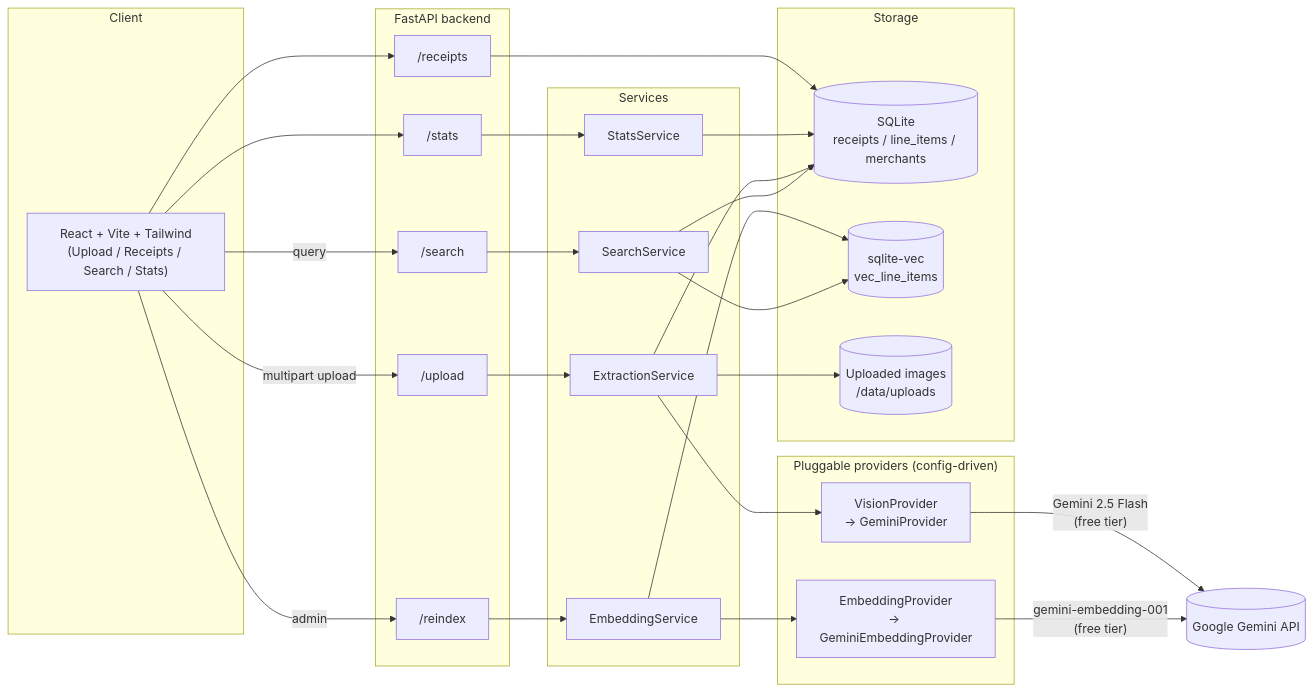
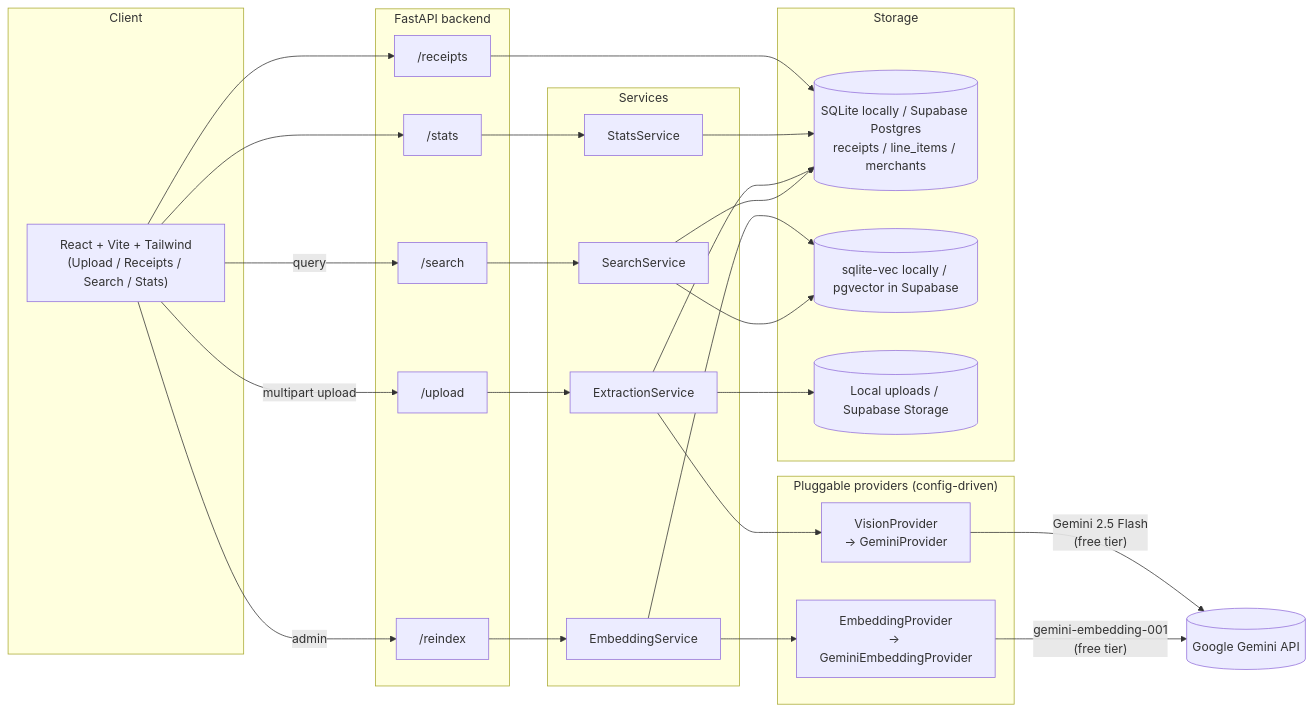
The diagram in README.md (phirni/receiptmind), drawn with Mermaid before and after one commit. The commit also changed other lines of this file and 28 other files, not shown here.

````diff
--- a/README.md
+++ b/README.md
@@ -14,49 +14,49 @@
 ```mermaid
 flowchart LR
     subgraph Client
         FE["React + Vite + Tailwind\n(Upload / Receipts / Search / Stats)"]
     end
 
     subgraph API["FastAPI backend"]
         UP["/upload"]
         RC["/receipts"]
         SR["/search"]
         ST["/stats"]
         RX["/reindex"]
     end
 
     subgraph Services
         EXT[ExtractionService]
         EMB[EmbeddingService]
         SEA[SearchService]
         STA[StatsService]
     end
 
     subgraph Providers["Pluggable providers (config-driven)"]
         VP["VisionProvider\n→ GeminiProvider"]
         EP["EmbeddingProvider\n→ GeminiEmbeddingProvider"]
     end
 
     subgraph Storage
-        DB[("SQLite\nreceipts / line_items / merchants")]
-        VEC[("sqlite-vec\nvec_line_items")]
-        IMG[("Uploaded images\n/data/uploads")]
+        DB[("SQLite locally / Supabase Postgres\nreceipts / line_items / merchants")]
+        VEC[("sqlite-vec locally / pgvector in Supabase")]
+        IMG[("Local uploads / Supabase Storage")]
     end
 
     FE -->|multipart upload| UP --> EXT
     FE --> RC --> DB
     FE -->|query| SR --> SEA
     FE --> ST --> STA --> DB
     FE -->|admin| RX --> EMB
 
     EXT --> VP
     EXT --> DB
     EXT --> IMG
     EMB --> EP
     EMB --> VEC
     SEA --> VEC
     SEA --> DB
 
     VP -->|"Gemini 2.5 Flash\n(free tier)"| Gemini[("Google Gemini API")]
     EP -->|"gemini-embedding-001\n(free tier)"| Gemini
 ```
````
